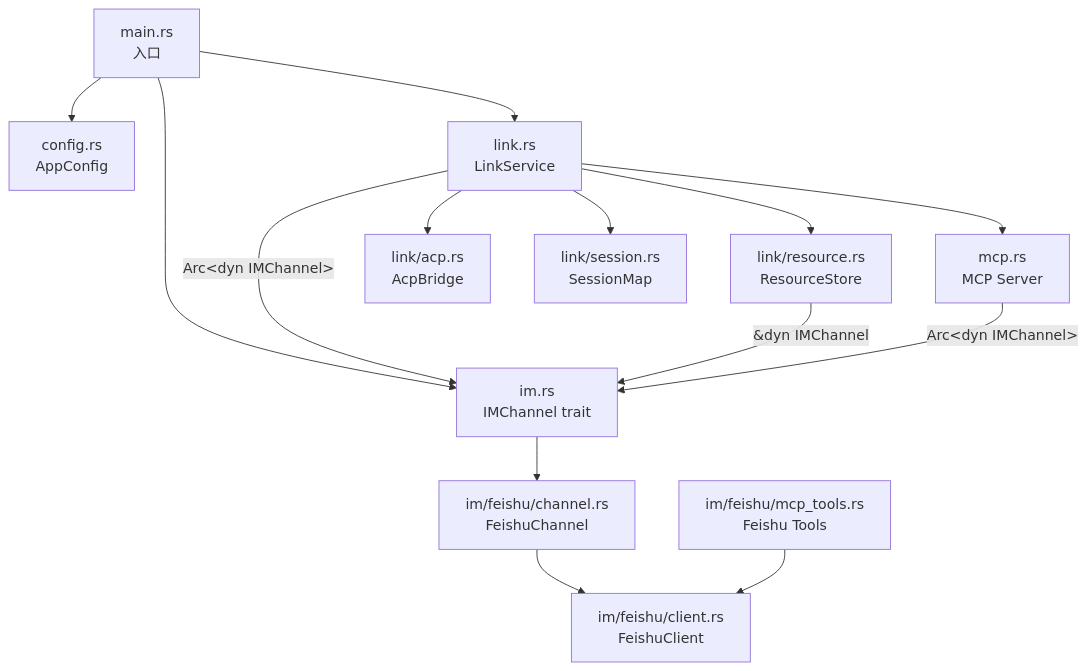
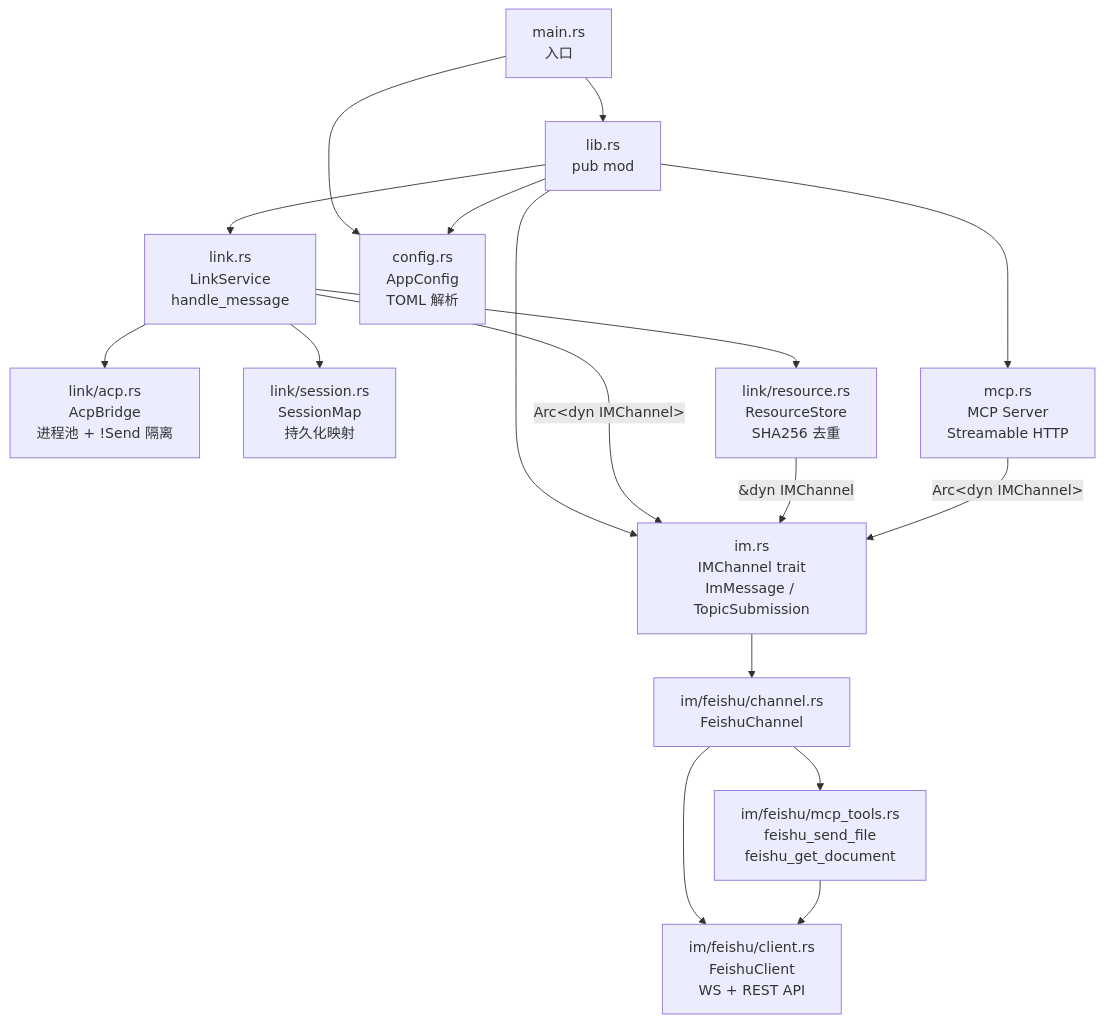
The first of 4 diagrams in docs/architecture.md (xufanglin/acp-link), drawn with Mermaid before and after one commit. The commit also changed other lines of this file and 15 other files, not shown here.

````diff
--- a/docs/architecture.md
+++ b/docs/architecture.md
@@ -35,28 +37,32 @@
 ```mermaid
 graph TD
-    main["main.rs\n入口"]
-    im["im.rs\nIMChannel trait"]
-    im_feishu["im/feishu/channel.rs\nFeishuChannel"]
-    link["link.rs\nLinkService"]
-    feishu["im/feishu/client.rs\nFeishuClient"]
-    acp["link/acp.rs\nAcpBridge"]
-    session["link/session.rs\nSessionMap"]
-    resource["link/resource.rs\nResourceStore"]
-    config["config.rs\nAppConfig"]
-    mcp["mcp.rs\nMCP Server"]
-    feishu_tools["im/feishu/mcp_tools.rs\nFeishu Tools"]
+    main["main.rs<br/>入口"]
+    lib["lib.rs<br/>pub mod"]
+    im["im.rs<br/>IMChannel trait<br/>ImMessage / TopicSubmission"]
+    im_feishu["im/feishu/channel.rs<br/>FeishuChannel"]
+    feishu["im/feishu/client.rs<br/>FeishuClient<br/>WS + REST API"]
+    feishu_tools["im/feishu/mcp_tools.rs<br/>feishu_send_file<br/>feishu_get_document"]
+    link["link.rs<br/>LinkService<br/>handle_message"]
+    acp["link/acp.rs<br/>AcpBridge<br/>进程池 + !Send 隔离"]
+    session["link/session.rs<br/>SessionMap<br/>持久化映射"]
+    resource["link/resource.rs<br/>ResourceStore<br/>SHA256 去重"]
+    config["config.rs<br/>AppConfig<br/>TOML 解析"]
+    mcp["mcp.rs<br/>MCP Server<br/>Streamable HTTP"]
 
     main --> config
-    main --> im
-    main --> link
+    main --> lib
+    lib --> im
+    lib --> link
+    lib --> mcp
+    lib --> config
     im --> im_feishu
     im_feishu --> feishu
+    im_feishu --> feishu_tools
+    feishu_tools --> feishu
     link -->|"Arc&lt;dyn IMChannel&gt;"| im
     link --> acp
     link --> session
     link --> resource
-    link --> mcp
     resource -->|"&dyn IMChannel"| im
     mcp -->|"Arc&lt;dyn IMChannel&gt;"| im
-    feishu_tools --> feishu
 ```
````
